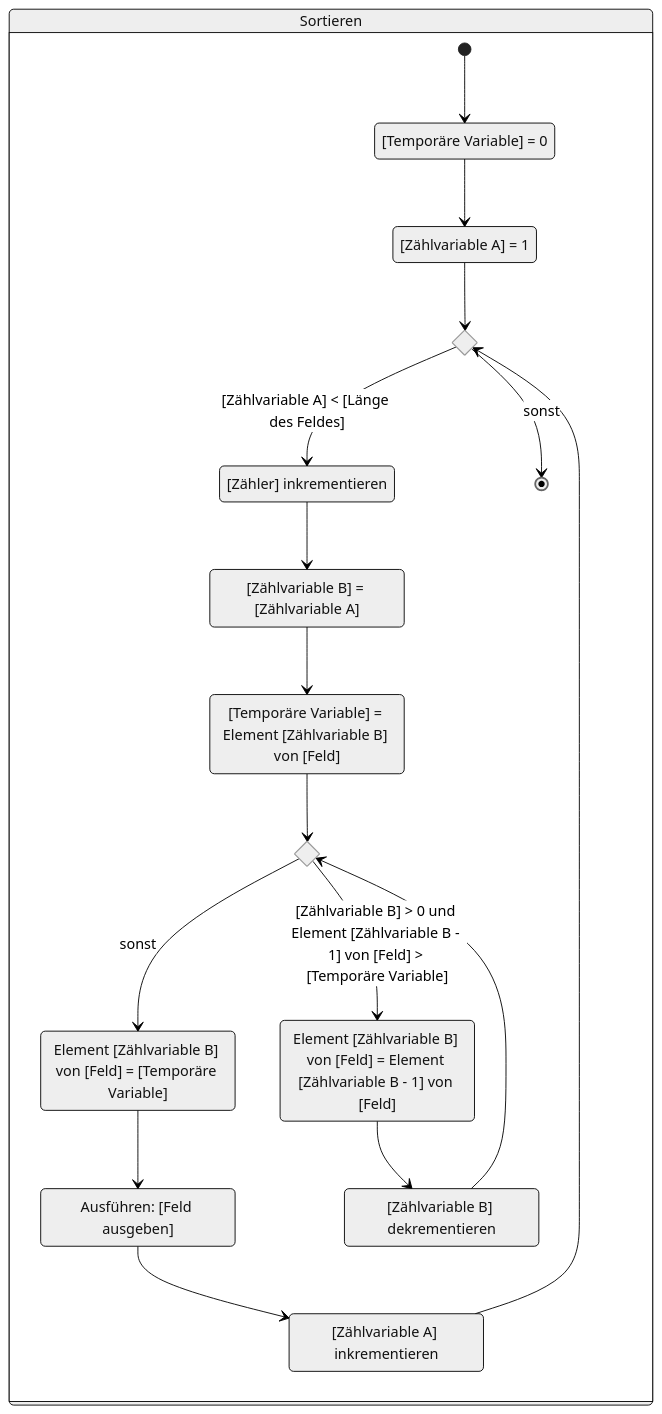
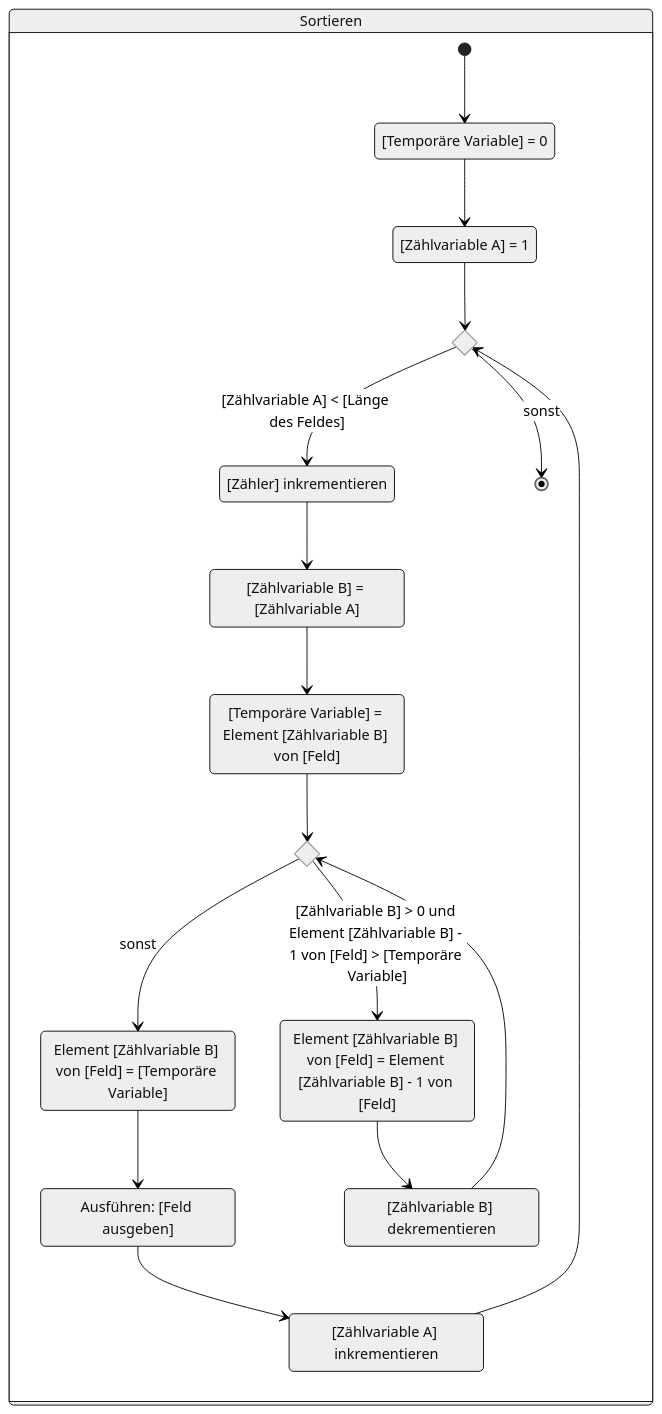
One commit to jappuccini/java-docs changed the third of 4 diagrams in docs/exam-exercises/exam-exercises-java1/activity-diagrams/insertion-sort.md. Above: the diagram before and after it, drawn with Mermaid (neutral theme). The commit also changed 3 other files, not shown here.

````diff
--- a/docs/exam-exercises/exam-exercises-java1/activity-diagrams/insertion-sort.md
+++ b/docs/exam-exercises/exam-exercises-java1/activity-diagrams/insertion-sort.md
@@ -39,34 +39,34 @@
 ```mermaid
 stateDiagram-v2
     state "[Temporäre Variable] = 0" as state1
     state "[Zählvariable A] = 1" as state2
     state "[Zähler] inkrementieren" as state3
     state "[Zählvariable B] = [Zählvariable A]" as state4
     state "[Temporäre Variable] = Element [Zählvariable B] von [Feld]" as state5
     state "Element [Zählvariable B] von [Feld] = [Temporäre Variable]" as state6
     state "Ausführen: [Feld ausgeben]" as state7
     state "[Zählvariable A] inkrementieren" as state8
-    state "Element [Zählvariable B] von [Feld] = Element [Zählvariable B - 1] von [Feld]" as state9
+    state "Element [Zählvariable B] von [Feld] = Element [Zählvariable B] - 1 von [Feld]" as state9
     state "[Zählvariable B] dekrementieren" as state10
 
     state if1 <<choice>>
     state if2 <<choice>>
 
     state "Sortieren" as sort {
         [*] --> state1
         state1 --> state2
         state2 --> if1
         if1 --> state3: [Zählvariable A] < [Länge des Feldes]
         if1 --> [*]: sonst
         state3 --> state4
         state4 --> state5
         state5 --> if2
         if2 --> state6: sonst
-        if2 --> state9: [Zählvariable B] > 0 und Element [Zählvariable B - 1] von [Feld] > [Temporäre Variable]
+        if2 --> state9: [Zählvariable B] > 0 und Element [Zählvariable B] - 1 von [Feld] > [Temporäre Variable]
         state6 --> state7
         state7 --> state8
         state8 --> if1
         state9 --> state10
         state10 --> if2
     }
 ```
````
